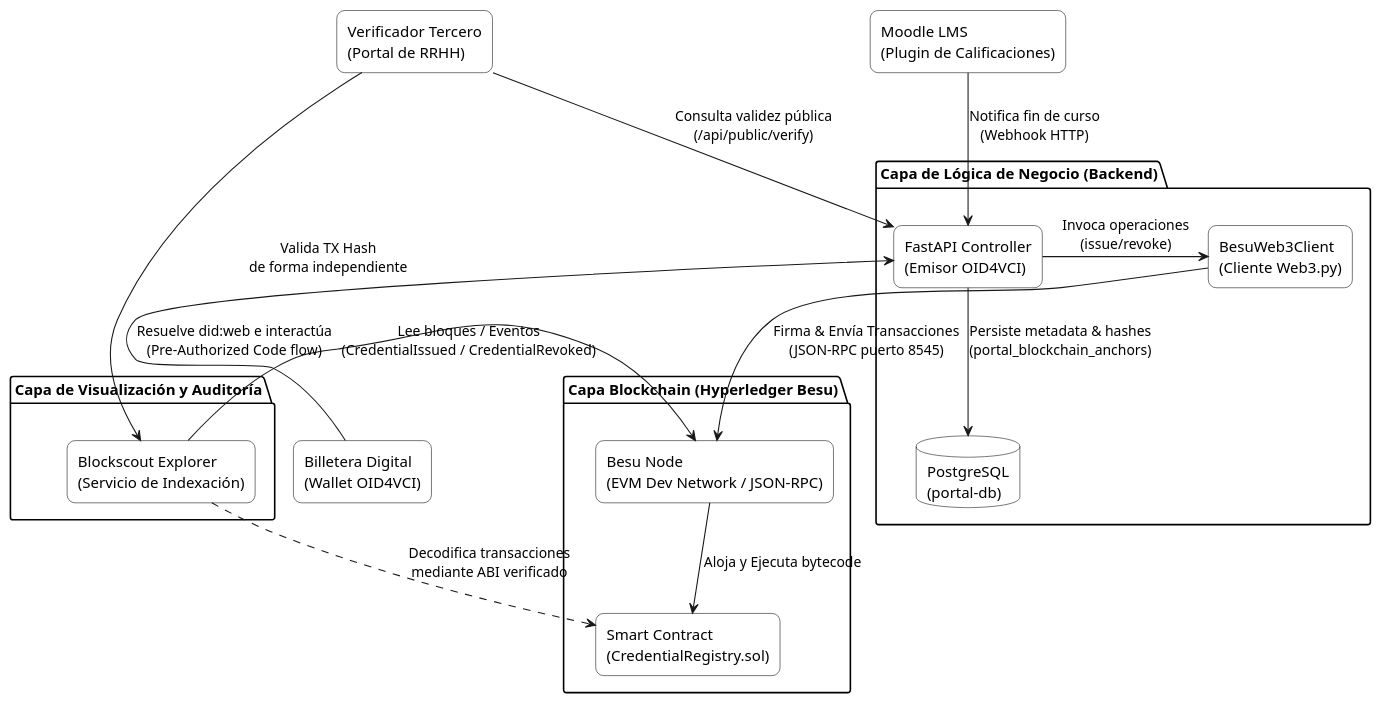
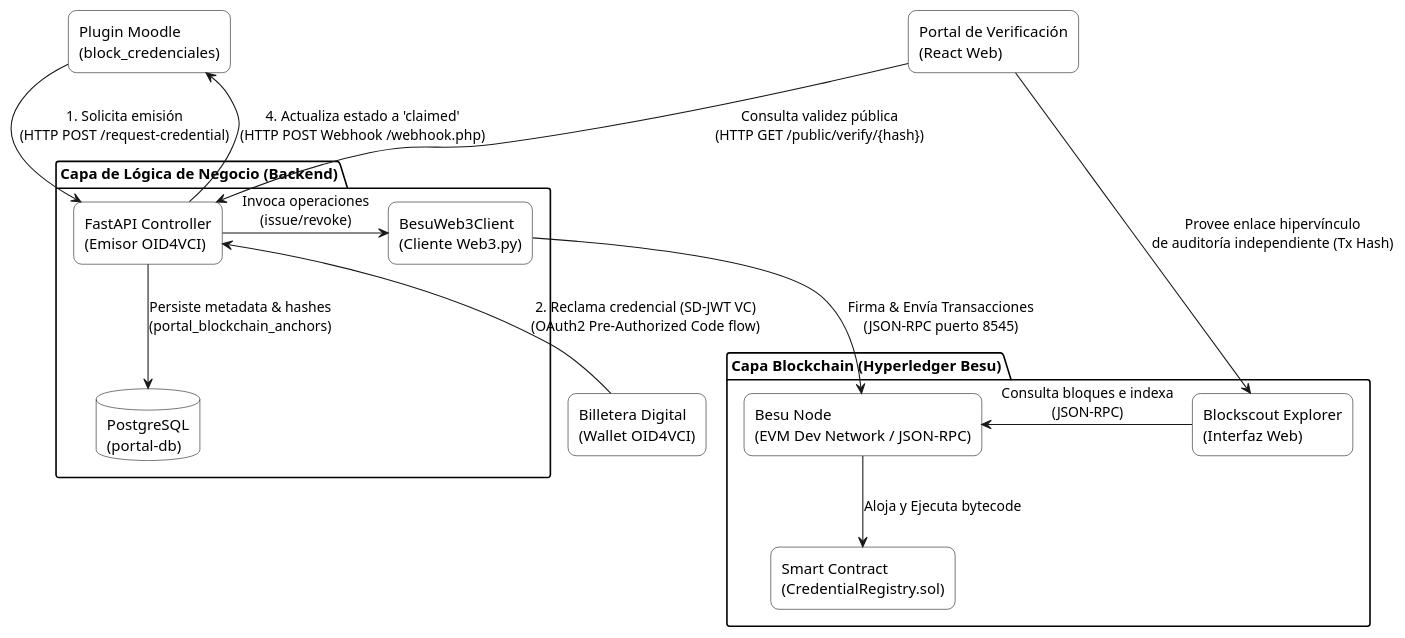
The diagram in docs/node-communication-flow.puml (brahianf1/blockchain-credentials), drawn with PlantUML before and after one commit.

Commit message:
docs: enhance node communication flow diagram with detailed backend and blockchain layers

```diff
--- a/docs/node-communication-flow.puml
+++ b/docs/node-communication-flow.puml
@@ -1,57 +1,57 @@
 @startuml
 skinparam handwritten false
 skinparam monochrome false
 skinparam packageBackgroundColor white
 skinparam shadowing false
 skinparam defaultFontName Arial
 
 ' Configuración de estilo
 skinparam rectangle {
     BackgroundColor white
     BorderColor black
     RoundCorner 15
 }
 
 skinparam database {
     BackgroundColor white
     BorderColor black
 }
 
-' Capa Backend
+' Capa Backend (Lógica de Negocio)
 package "Capa de Lógica de Negocio (Backend)" {
     rectangle "FastAPI Controller\n(Emisor OID4VCI)" as backend
     database "PostgreSQL\n(portal-db)" as db
     rectangle "BesuWeb3Client\n(Cliente Web3.py)" as client
     
     backend -down-> db : Persiste metadata & hashes\n(portal_blockchain_anchors)
     backend -right-> client : Invoca operaciones\n(issue/revoke)
 }
 
-' Capa Blockchain
+' Capa Blockchain (Hyperledger Besu)
 package "Capa Blockchain (Hyperledger Besu)" {
+    rectangle "Blockscout Explorer\n(Interfaz Web)" as blockscout
     rectangle "Besu Node\n(EVM Dev Network / JSON-RPC)" as besu
     rectangle "Smart Contract\n(CredentialRegistry.sol)" as contract
     
     client -down-> besu : Firma & Envía Transacciones\n(JSON-RPC puerto 8545)
     besu -down-> contract : Aloja y Ejecuta bytecode
-}
-
-' Capa de Monitoreo
-package "Capa de Visualización y Auditoría" {
-    rectangle "Blockscout Explorer\n(Servicio de Indexación)" as blockscout
-    
-    blockscout -left-> besu : Lee bloques / Eventos\n(CredentialIssued / CredentialRevoked)
-    blockscout .down.> contract : Decodifica transacciones\nmediante ABI verificado
+    blockscout -left-> besu : Consulta bloques e indexa\n(JSON-RPC)
 }
 
 ' Clientes e Integraciones Externas
-rectangle "Moodle LMS\n(Plugin de Calificaciones)" as moodle
+rectangle "Plugin Moodle\n(block_credenciales)" as moodle
 rectangle "Billetera Digital\n(Wallet OID4VCI)" as wallet
-rectangle "Verificador Tercero\n(Portal de RRHH)" as verifier
+rectangle "Portal de Verificación\n(React Web)" as verifier
 
-moodle -down-> backend : Notifica fin de curso\n(Webhook HTTP)
-wallet -up-> backend : Resuelve did:web e interactúa\n(Pre-Authorized Code flow)
-verifier -down-> backend : Consulta validez pública\n(/api/public/verify)
-verifier -down-> blockscout : Valida TX Hash\nde forma independiente
+' Relación Moodle <-> Backend (Bidireccional asíncrona)
+moodle -down-> backend : 1. Solicita emisión\n(HTTP POST /request-credential)
+backend -up-> moodle : 4. Actualiza estado a 'claimed'\n(HTTP POST Webhook /webhook.php)
+
+' Relación Billetera <-> Backend (OpenID4VCI)
+wallet -up-> backend : 2. Reclama credencial (SD-JWT VC)\n(OAuth2 Pre-Authorized Code flow)
+
+' Relación Verificador <-> Backend <-> Blockscout
+verifier -down-> backend : Consulta validez pública\n(HTTP GET /public/verify/{hash})
+verifier -down-> blockscout : Provee enlace hipervínculo\nde auditoría independiente (Tx Hash)
 
 @enduml
```
